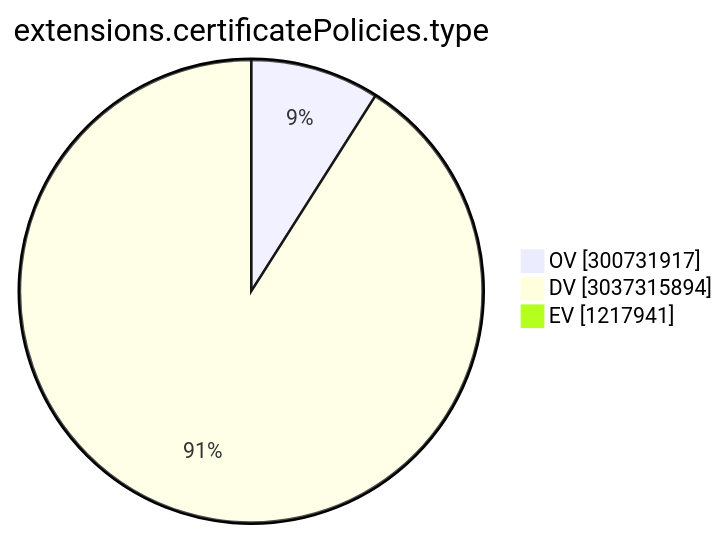
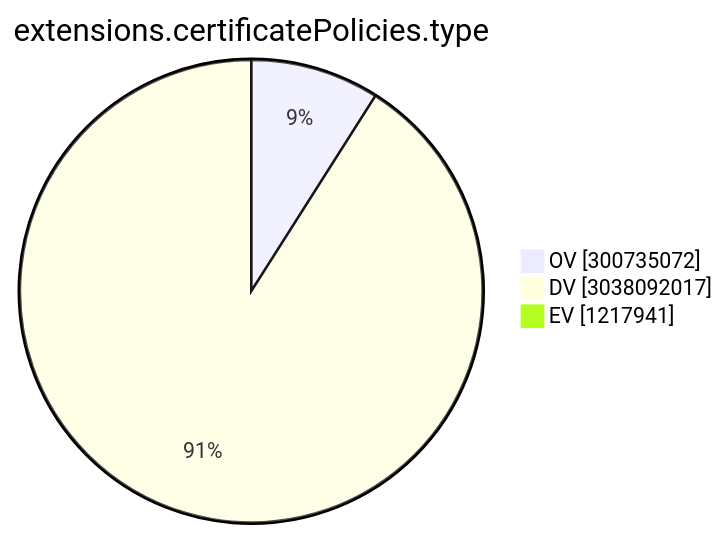
One commit to christiankrug/ctmonitor_visualization changed the ninth of 15 diagrams in TOTAL/README.md. Above: the diagram before and after it, drawn with Mermaid. The commit also changed other lines of this file, not shown here.

````diff
--- a/TOTAL/README.md
+++ b/TOTAL/README.md
@@ -3102,7 +3102,7 @@
 ```mermaid
 pie showData
 title extensions.certificatePolicies.type
-"OV" :300731917
-"DV" :3037315894
+"OV" :300735072
+"DV" :3038092017
 "EV" :1217941
 ```
````
